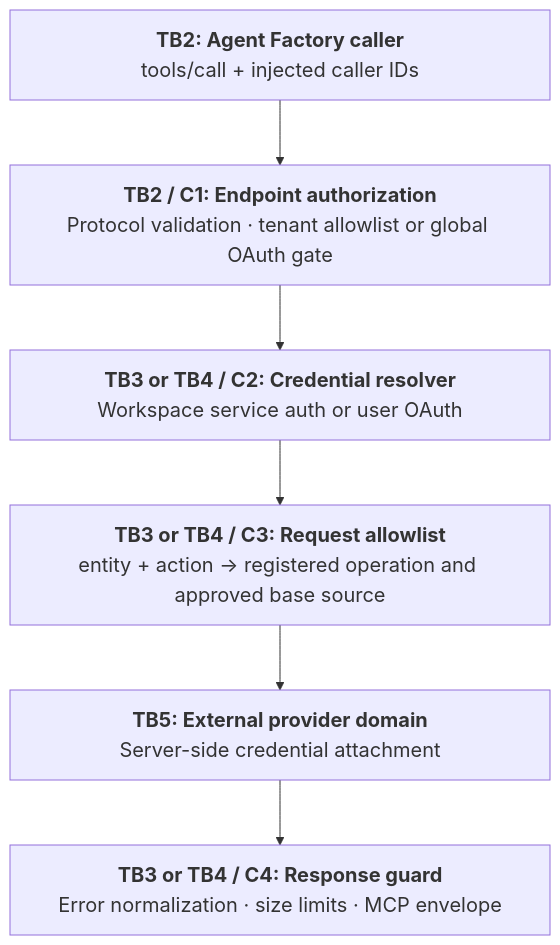
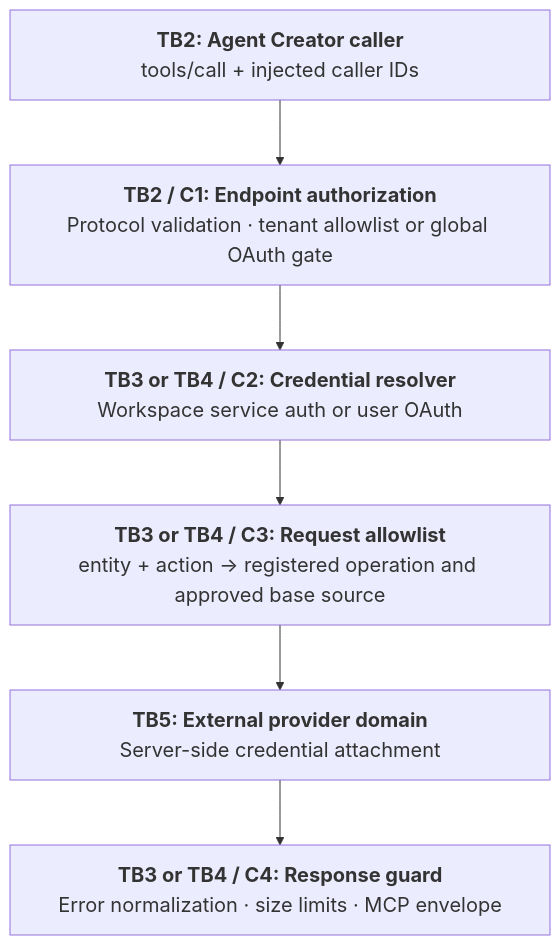
Before and after one commit to prismeai/docs: the third of 4 diagrams in apps-store/marketplace/connectors/architecture.mdx, drawn with Mermaid. The commit also changed other lines of this file and 148 other files, not shown here.

````diff
--- a/apps-store/marketplace/connectors/architecture.mdx
+++ b/apps-store/marketplace/connectors/architecture.mdx
@@ -111,16 +111,16 @@
 ```mermaid
 %%{init: {"themeVariables": {"fontSize": "20px"}, "flowchart": {"nodeSpacing": 45, "rankSpacing": 65, "wrappingWidth": 480}}}%%
 flowchart TB
-  Caller["<span style='display:inline-block;width:480px'><b>TB2: Agent Factory caller</b><br/>tools/call + injected caller IDs</span>"]
+  Caller["<span style='display:inline-block;width:480px'><b>TB2: Agent Creator caller</b><br/>tools/call + injected caller IDs</span>"]
   Gate["<span style='display:inline-block;width:480px'><b>TB2 / C1: Endpoint authorization</b><br/>Protocol validation · tenant allowlist or global OAuth gate</span>"]
   Auth["<span style='display:inline-block;width:480px'><b>TB3 or TB4 / C2: Credential resolver</b><br/>Workspace service auth or user OAuth</span>"]
   Dispatch["<span style='display:inline-block;width:480px'><b>TB3 or TB4 / C3: Request allowlist</b><br/>entity + action → registered operation and approved base source</span>"]
   Provider["<span style='display:inline-block;width:480px'><b>TB5: External provider domain</b><br/>Server-side credential attachment</span>"]
   Guard["<span style='display:inline-block;width:480px'><b>TB3 or TB4 / C4: Response guard</b><br/>Error normalization · size limits · MCP envelope</span>"]
 
   Caller --> Gate
   Gate --> Auth
   Auth --> Dispatch
   Dispatch --> Provider
   Provider --> Guard
 ```
````
